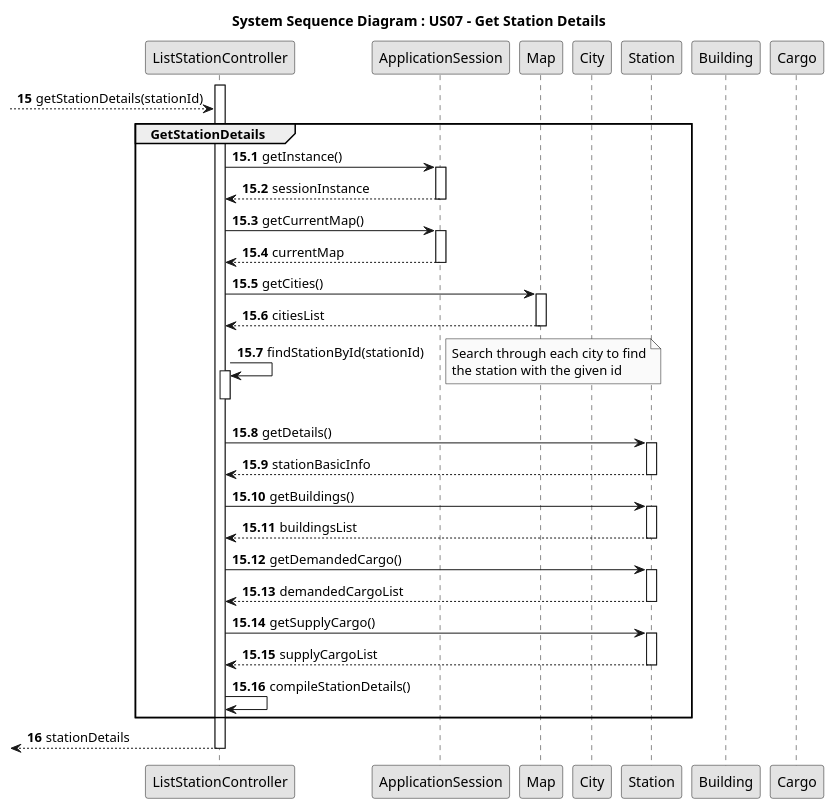
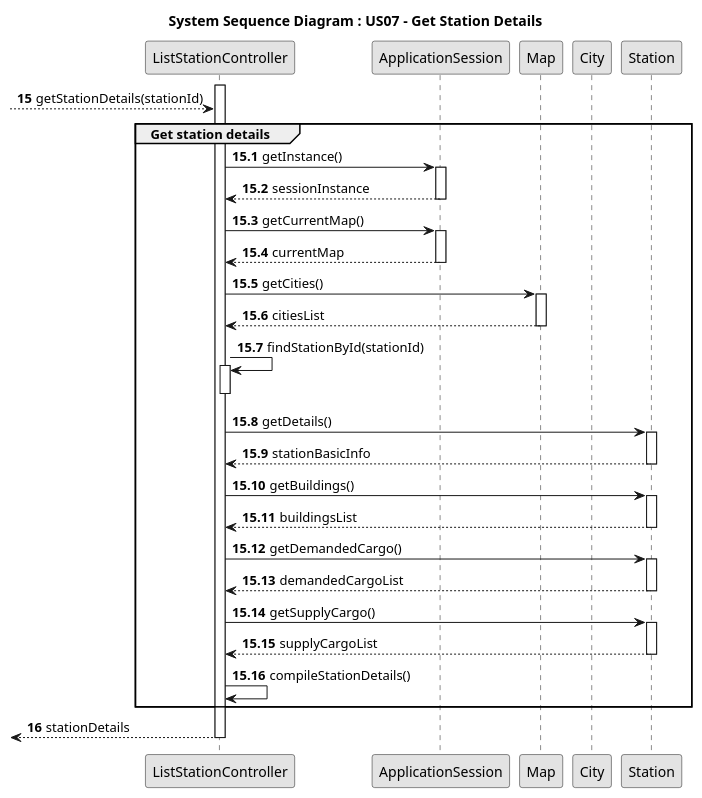
Before and after one commit to HenriqueSilva18/Railway-Network-Simulator: the diagram in docs/system-documentation/Sprint 2/US07/03.design/puml/US07-SD-get-station-details.puml, drawn with PlantUML. The commit also changed 8 other files, not shown here.

```diff
--- a/docs/system-documentation/Sprint 2/US07/03.design/puml/US07-SD-get-station-details.puml
+++ b/docs/system-documentation/Sprint 2/US07/03.design/puml/US07-SD-get-station-details.puml
@@ -1,76 +1,72 @@
 @startuml
 
 skinparam monochrome true
 skinparam packageStyle rectangle
 skinparam shadowing false
 autonumber
 
 title System Sequence Diagram : US07 - Get Station Details
 
 participant ListStationController
 participant ApplicationSession
 participant Map
 participant City
 participant Station
-participant Building
-participant Cargo
+
 
 activate ListStationController
 
 autonumber 15
 --> ListStationController: getStationDetails(stationId)
-group GetStationDetails
+group Get station details
     autonumber 15.1
   ListStationController -> ApplicationSession : getInstance()
   activate ApplicationSession
   ApplicationSession --> ListStationController : sessionInstance
   deactivate ApplicationSession
 
   ListStationController -> ApplicationSession : getCurrentMap()
   activate ApplicationSession
   ApplicationSession --> ListStationController : currentMap
   deactivate ApplicationSession
 
   ListStationController -> Map : getCities()
   activate Map
   Map --> ListStationController : citiesList
   deactivate Map
 
   ListStationController -> ListStationController : findStationById(stationId)
   activate ListStationController
-  note right
-    Search through each city to find
-    the station with the given id
-  end note
+
   deactivate ListStationController
 
   ListStationController -> Station : getDetails()
   activate Station
   Station --> ListStationController : stationBasicInfo
   deactivate Station
 
   ListStationController -> Station : getBuildings()
   activate Station
   Station --> ListStationController : buildingsList
   deactivate Station
 
   ListStationController -> Station : getDemandedCargo()
   activate Station
   Station --> ListStationController : demandedCargoList
   deactivate Station
 
   ListStationController -> Station : getSupplyCargo()
   activate Station
   Station --> ListStationController : supplyCargoList
   deactivate Station
 
   ListStationController -> ListStationController : compileStationDetails()
 end
 
 autonumber 16
 
 <-- ListStationController: stationDetails
 
 deactivate ListStationController
 
 @enduml 
```
